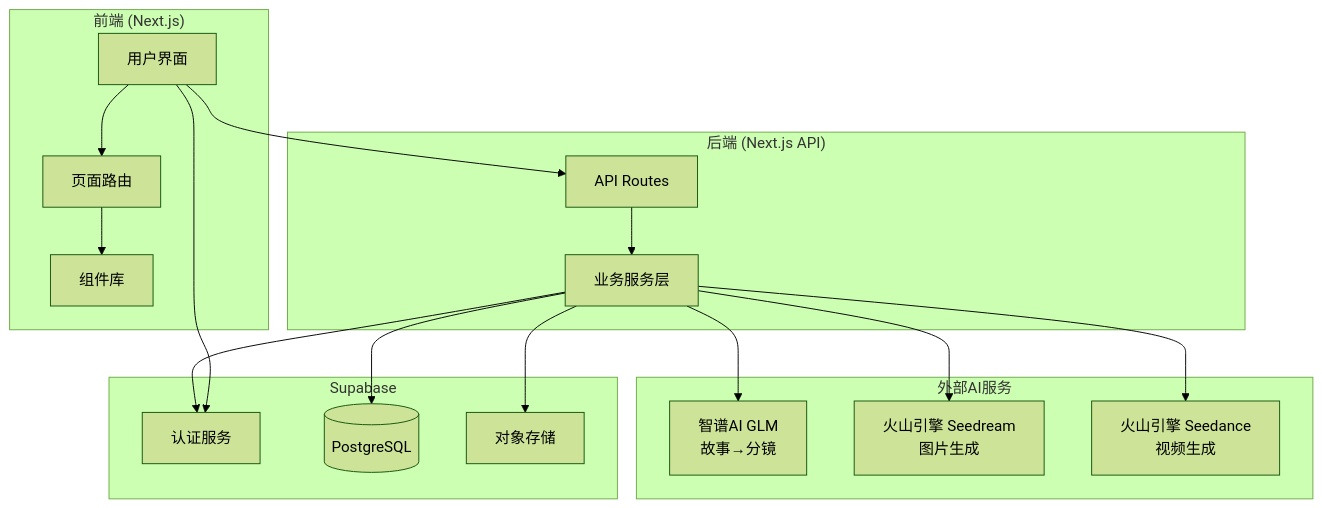
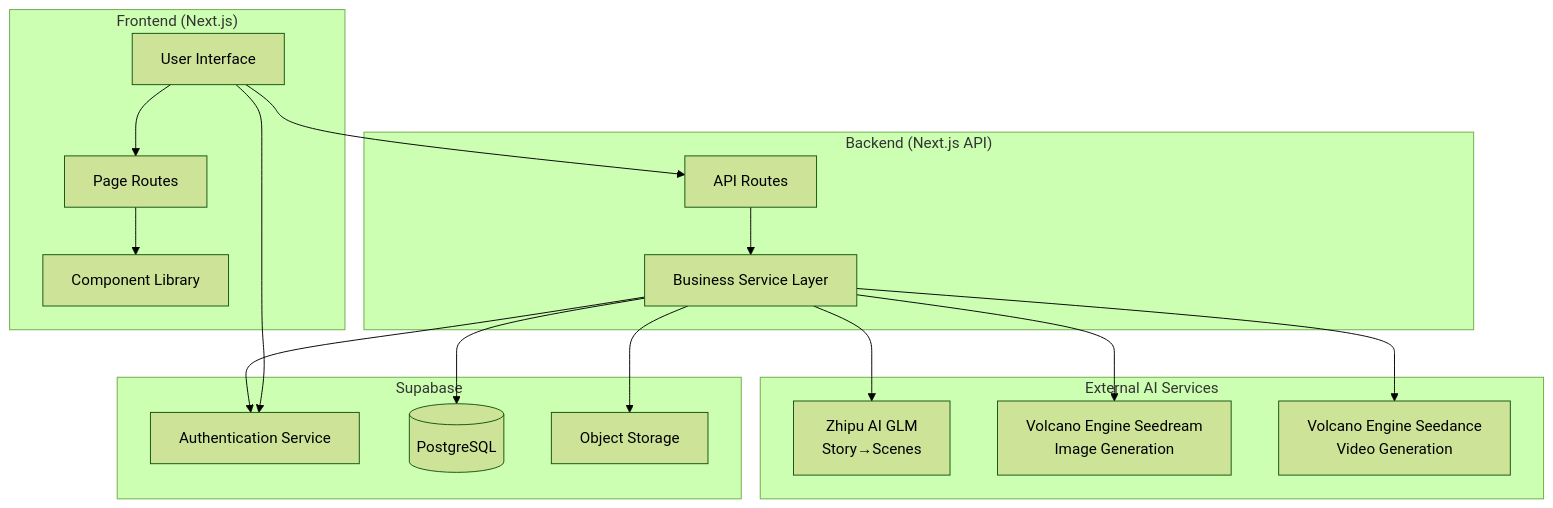
Before and after one commit to qq-24/ai-video-seedance: the first of 5 diagrams in architecture.md, drawn with Mermaid (forest theme). The commit also changed other lines of this file and 45 other files, not shown here.

First line of the commit message:
feat: switch to Gemini image API, translate UI to English, add supabase config

````diff
--- a/architecture.md
+++ b/architecture.md
@@ -26,37 +26,37 @@
 ```mermaid
 graph TB
-    subgraph Frontend["前端 (Next.js)"]
-        UI[用户界面]
-        Pages[页面路由]
-        Components[组件库]
+    subgraph Frontend["Frontend (Next.js)"]
+        UI[User Interface]
+        Pages[Page Routes]
+        Components[Component Library]
     end
 
-    subgraph Backend["后端 (Next.js API)"]
+    subgraph Backend["Backend (Next.js API)"]
         API[API Routes]
-        Services[业务服务层]
+        Services[Business Service Layer]
     end
 
     subgraph Supabase["Supabase"]
-        Auth[认证服务]
+        Auth[Authentication Service]
         DB[(PostgreSQL)]
-        Storage[对象存储]
+        Storage[Object Storage]
     end
 
-    subgraph External["外部AI服务"]
-        Zhipu[智谱AI GLM<br/>故事→分镜]
-        VolcImage[火山引擎 Seedream<br/>图片生成]
-        VolcVideo[火山引擎 Seedance<br/>视频生成]
+    subgraph External["External AI Services"]
+        Zhipu[Zhipu AI GLM<br/>Story→Scenes]
+        VolcImage[Volcano Engine Seedream<br/>Image Generation]
+        VolcVideo[Volcano Engine Seedance<br/>Video Generation]
     end
 
     UI --> Pages
     Pages --> Components
     UI --> API
     UI --> Auth
     API --> Services
     Services --> Auth
     Services --> DB
     Services --> Storage
     Services --> Zhipu
     Services --> VolcImage
     Services --> VolcVideo
 ```
````
